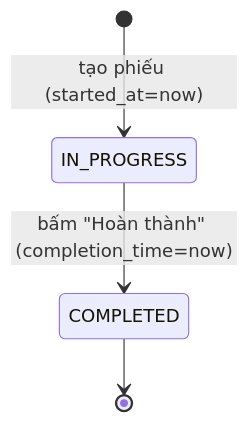
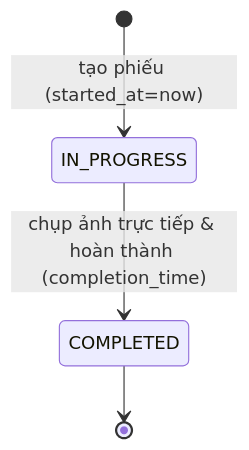
Before and after one commit to zxGreenxz/whiteboard-ihomecrm: the second of 5 diagrams in docs/he-thong/11-cong-viec-su-co.md, drawn with Mermaid. The commit also changed other lines of this file and 20 other files, not shown here.

````diff
--- a/docs/he-thong/11-cong-viec-su-co.md
+++ b/docs/he-thong/11-cong-viec-su-co.md
@@ -206,6 +210,6 @@
 ```mermaid
 stateDiagram-v2
     [*] --> IN_PROGRESS: tạo phiếu (started_at=now)
-    IN_PROGRESS --> COMPLETED: bấm "Hoàn thành" (completion_time=now)
+    IN_PROGRESS --> COMPLETED: chụp ảnh trực tiếp & hoàn thành (completion_time)
     COMPLETED --> [*]
 ```
````
